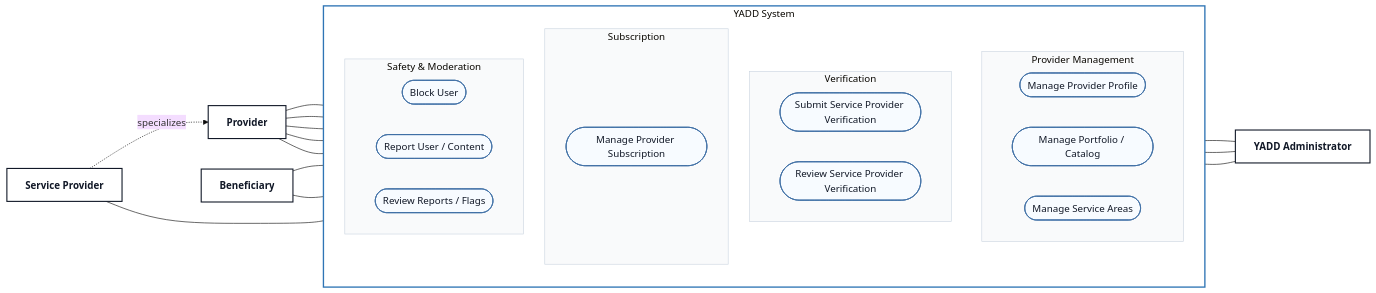
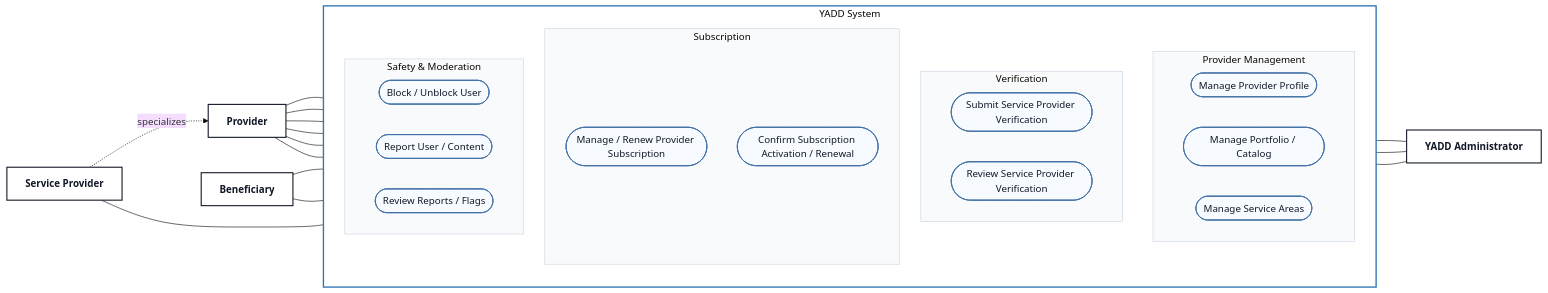
Before and after one commit to Yadd-SanaaUniversityGraduationProject/yadd: the diagram in diagrams/03-analysis/uml/use-case/04-provider-management-verification-safety.md, drawn with Mermaid (base theme). The commit also changed other lines of this file, not shown here.

Commit message:
Synchronize provider-management use-case view with subscription and unblock rules

````diff
--- a/diagrams/03-analysis/uml/use-case/04-provider-management-verification-safety.md
+++ b/diagrams/03-analysis/uml/use-case/04-provider-management-verification-safety.md
@@ -17,60 +17,62 @@
 ```mermaid
 flowchart LR
     P["Provider"]:::actor
     SP["Service Provider"]:::actor
 
     subgraph SYS["YADD System"]
         direction TB
 
         subgraph PROFILE["Provider Management"]
             direction LR
             MANAGE_PROFILE(["Manage Provider Profile"]):::usecase
             MANAGE_SHOWCASE(["Manage Portfolio / Catalog"]):::usecase
             MANAGE_AREAS(["Manage Service Areas"]):::usecase
         end
 
         subgraph VERIFY["Verification"]
             direction LR
             SUBMIT_VERIFICATION(["Submit Service Provider Verification"]):::usecase
             REVIEW_VERIFICATION(["Review Service Provider Verification"]):::usecase
         end
 
         subgraph SUBSCRIPTION["Subscription"]
-            MANAGE_SUBSCRIPTION(["Manage Provider Subscription"]):::usecase
+            MANAGE_SUBSCRIPTION(["Manage / Renew Provider Subscription"]):::usecase
+            CONFIRM_SUBSCRIPTION(["Confirm Subscription Activation / Renewal"]):::usecase
         end
 
         subgraph SAFETY["Safety & Moderation"]
             direction LR
-            BLOCK(["Block User"]):::usecase
+            BLOCK(["Block / Unblock User"]):::usecase
             REPORT(["Report User / Content"]):::usecase
             REVIEW_REPORTS(["Review Reports / Flags"]):::usecase
         end
     end
 
     B["Beneficiary"]:::actor
     A["YADD Administrator"]:::actor
 
     P --- MANAGE_PROFILE
     P --- MANAGE_SHOWCASE
     P --- MANAGE_AREAS
     SP --- SUBMIT_VERIFICATION
+    P --- MANAGE_SUBSCRIPTION
     P --- BLOCK
     P --- REPORT
     SP -. specializes .-> P
 
     B --- BLOCK
     B --- REPORT
 
     REVIEW_VERIFICATION --- A
-    MANAGE_SUBSCRIPTION --- A
+    CONFIRM_SUBSCRIPTION --- A
     REVIEW_REPORTS --- A
 
     classDef actor fill:#FFFFFF,stroke:#111827,stroke-width:1.8px,color:#111827,font-weight:bold;
     classDef usecase fill:#F7FBFF,stroke:#3F6FA5,stroke-width:1.4px,color:#111827;
 
     style SYS fill:#FFFFFF,stroke:#2F75B5,stroke-width:2.2px
     style PROFILE fill:#F9FAFB,stroke:#CBD5E1,stroke-width:1px
     style VERIFY fill:#F9FAFB,stroke:#CBD5E1,stroke-width:1px
     style SUBSCRIPTION fill:#F9FAFB,stroke:#CBD5E1,stroke-width:1px
     style SAFETY fill:#F9FAFB,stroke:#CBD5E1,stroke-width:1px
 ```
````
